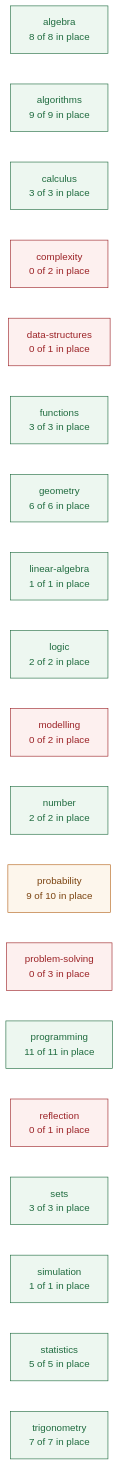
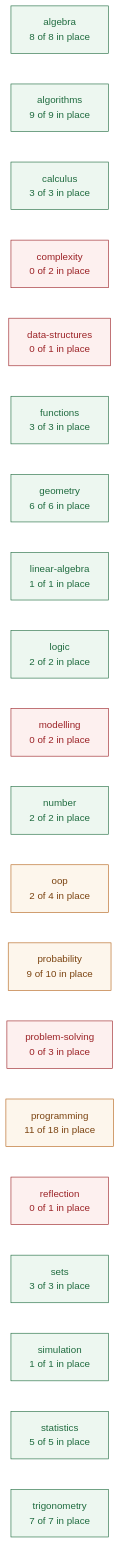
One commit to deweydex/dewlab changed the first of 3 diagrams in planning/CURRICULUM_MAP.md. Above: the diagram before and after it, drawn with Mermaid. The commit also changed other lines of this file and 8 other files, not shown here.

````diff
--- a/planning/CURRICULUM_MAP.md
+++ b/planning/CURRICULUM_MAP.md
@@ -51,29 +52,30 @@
 ```mermaid
 graph LR
   algebra["algebra<br/>8 of 8 in place"]
   algorithms["algorithms<br/>9 of 9 in place"]
   calculus["calculus<br/>3 of 3 in place"]
   complexity["complexity<br/>0 of 2 in place"]
   data_structures["data-structures<br/>0 of 1 in place"]
   functions["functions<br/>3 of 3 in place"]
   geometry["geometry<br/>6 of 6 in place"]
   linear_algebra["linear-algebra<br/>1 of 1 in place"]
   logic["logic<br/>2 of 2 in place"]
   modelling["modelling<br/>0 of 2 in place"]
   number["number<br/>2 of 2 in place"]
+  oop["oop<br/>2 of 4 in place"]
   probability["probability<br/>9 of 10 in place"]
   problem_solving["problem-solving<br/>0 of 3 in place"]
-  programming["programming<br/>11 of 11 in place"]
+  programming["programming<br/>11 of 18 in place"]
   reflection["reflection<br/>0 of 1 in place"]
   sets["sets<br/>3 of 3 in place"]
   simulation["simulation<br/>1 of 1 in place"]
   statistics["statistics<br/>5 of 5 in place"]
   trigonometry["trigonometry<br/>7 of 7 in place"]
 
   classDef full fill:#edf7f0,stroke:#1f6b3f,color:#1f6b3f;
   classDef part fill:#fdf6ec,stroke:#b5651d,color:#7a4310;
   classDef none fill:#fdf0ef,stroke:#9b2226,color:#9b2226;
-  class algebra,algorithms,calculus,functions,geometry,linear_algebra,logic,number,programming,sets,simulation,statistics,trigonometry full;
-  class probability part;
+  class algebra,algorithms,calculus,functions,geometry,linear_algebra,logic,number,sets,simulation,statistics,trigonometry full;
+  class oop,probability,programming part;
   class complexity,data_structures,modelling,problem_solving,reflection none;
 ```
````
